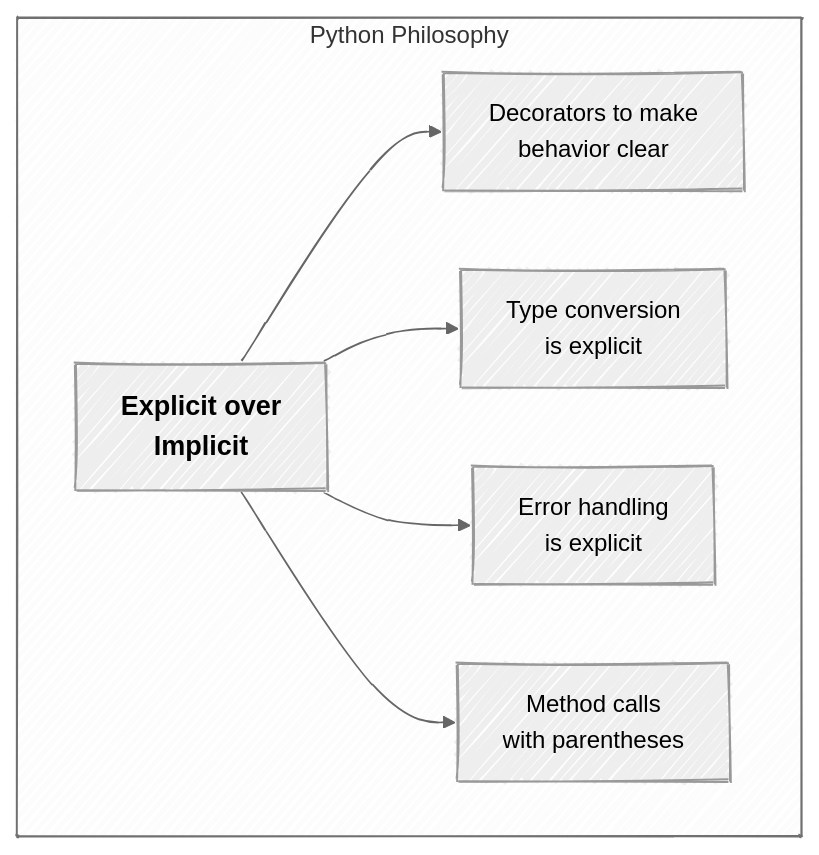
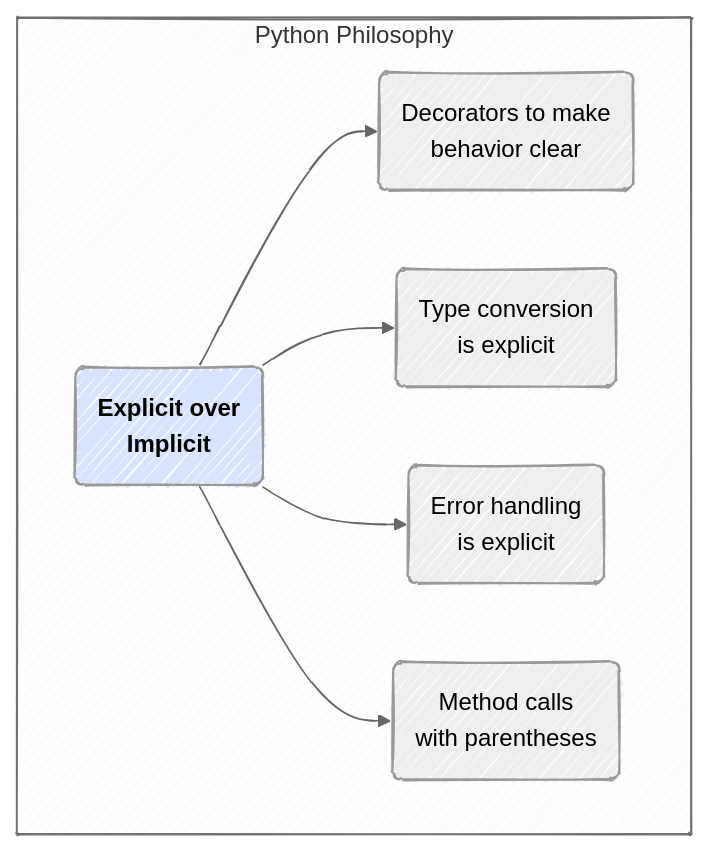
One commit to mjfrigaard/do4ds-labs changed the sixth of 7 diagrams in py-app-api.qmd. Above: the diagram before and after it, drawn with Mermaid. The commit also changed other lines of this file and 38 other files, not shown here.

````diff
--- a/py-app-api.qmd
+++ b/py-app-api.qmd
@@ -859,14 +831,14 @@
 ```{mermaid}
 %%{init: {'theme': 'neutral', 'look': 'handDrawn', 'themeVariables': { 'fontFamily': 'monospace'}}}%%
 
 graph TB
     subgraph Py["Python Philosophy"]
-        A["<strong>Explicit over<br>Implicit</strong>"] --> A1["Decorators to make<br>behavior clear"]
-        A --> A2["Type conversion<br>is explicit"]
-        A --> A3["Error handling<br>is explicit"]
-        A --> A4["Method calls<br>with parentheses"]
+        A("<strong>Explicit over<br>Implicit</strong>") --> A1("Decorators to make<br>behavior clear")
+        A --> A2("Type conversion<br>is explicit")
+        A --> A3("Error handling<br>is explicit")
+        A --> A4("Method calls<br>with parentheses")
     end
     
-    style A color:#000,font-size:18px
+    style A fill:#d8e4ff,color:#000,font-size:16px
     
 ```
````
